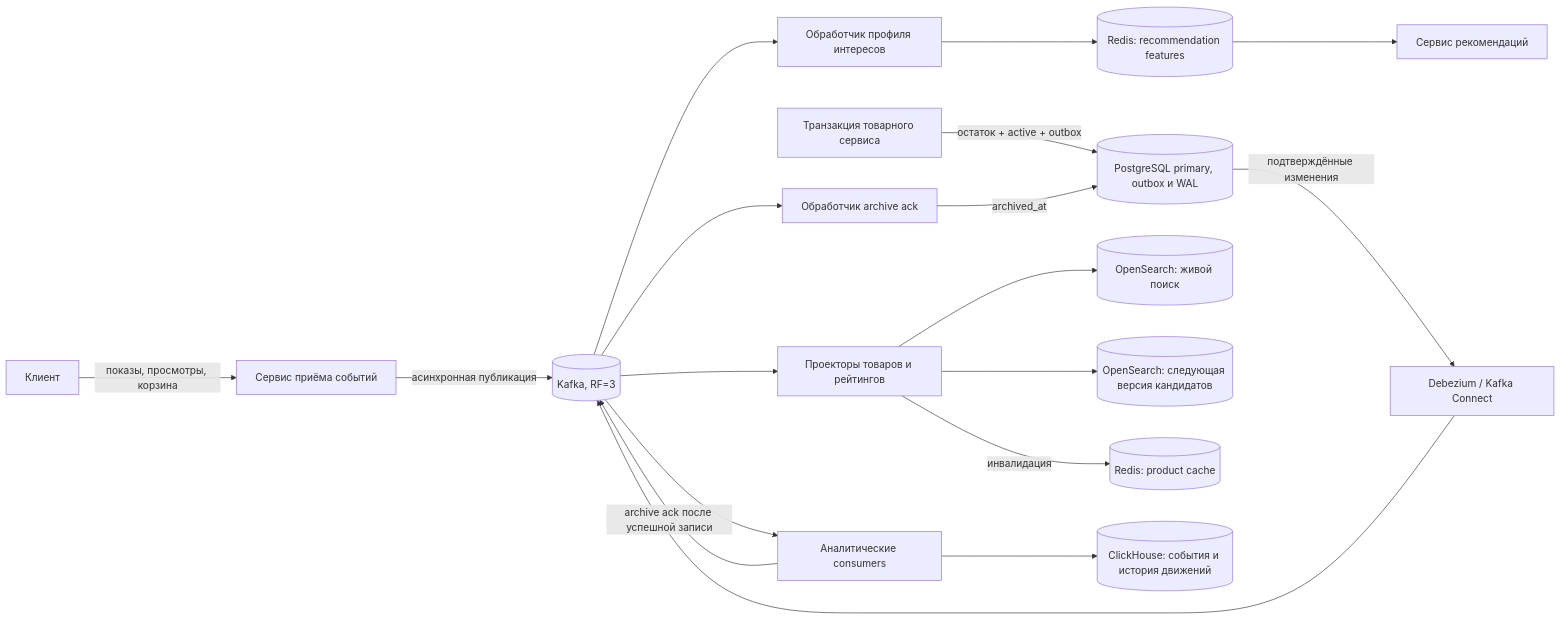
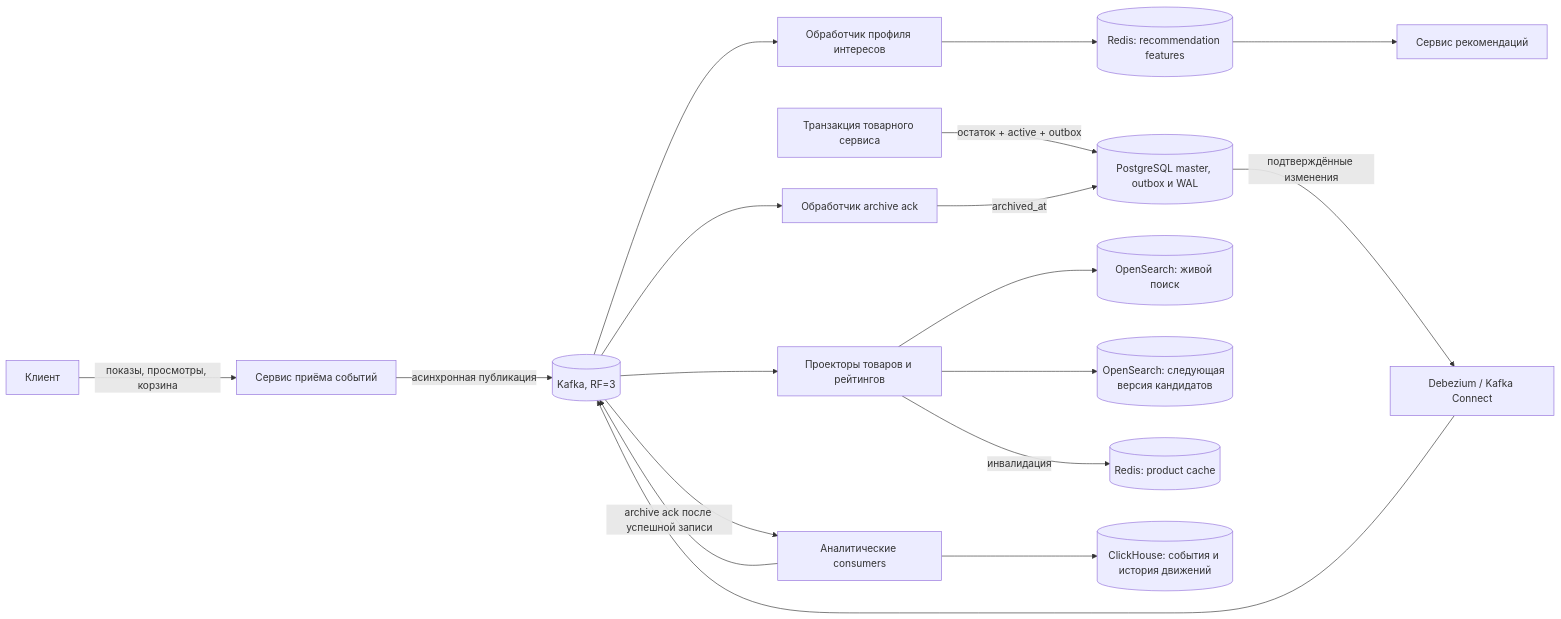
Diagram 11 of 19 in README.md (amklimenkov752/tp_highload_2026), drawn with Mermaid before and after one commit. The commit also changed other lines of this file, not shown here.

````diff
--- a/README.md
+++ b/README.md
@@ -1518,30 +1523,30 @@
 ```mermaid
 flowchart LR
     CLIENT[Клиент]
     EVENTAPI[Сервис приёма событий]
     STOCKTX[Транзакция товарного сервиса]
-    PG[(PostgreSQL primary, outbox и WAL)]
+    PG[(PostgreSQL master, outbox и WAL)]
     DEB[Debezium / Kafka Connect]
     K[(Kafka, RF=3)]
 
     CLIENT -->|показы, просмотры, корзина| EVENTAPI
     EVENTAPI -->|асинхронная публикация| K
     STOCKTX -->|остаток + active + outbox| PG
     PG -->|подтверждённые изменения| DEB
     DEB --> K
 
     K --> PROFILE[Обработчик профиля интересов]
     PROFILE --> FEATURES[(Redis: recommendation features)]
     FEATURES --> REC[Сервис рекомендаций]
 
     K --> PROJECTOR[Проекторы товаров и рейтингов]
     PROJECTOR --> SEARCH[(OpenSearch: живой поиск)]
     PROJECTOR --> CANDIDATES[(OpenSearch: следующая версия кандидатов)]
     PROJECTOR -->|инвалидация| CACHE[(Redis: product cache)]
 
     K --> ANALYTICS[Аналитические consumers]
     ANALYTICS --> CH[(ClickHouse: события и история движений)]
     ANALYTICS -->|archive ack после успешной записи| K
     K --> ACK[Обработчик archive ack]
     ACK -->|archived_at| PG
 ```
````
